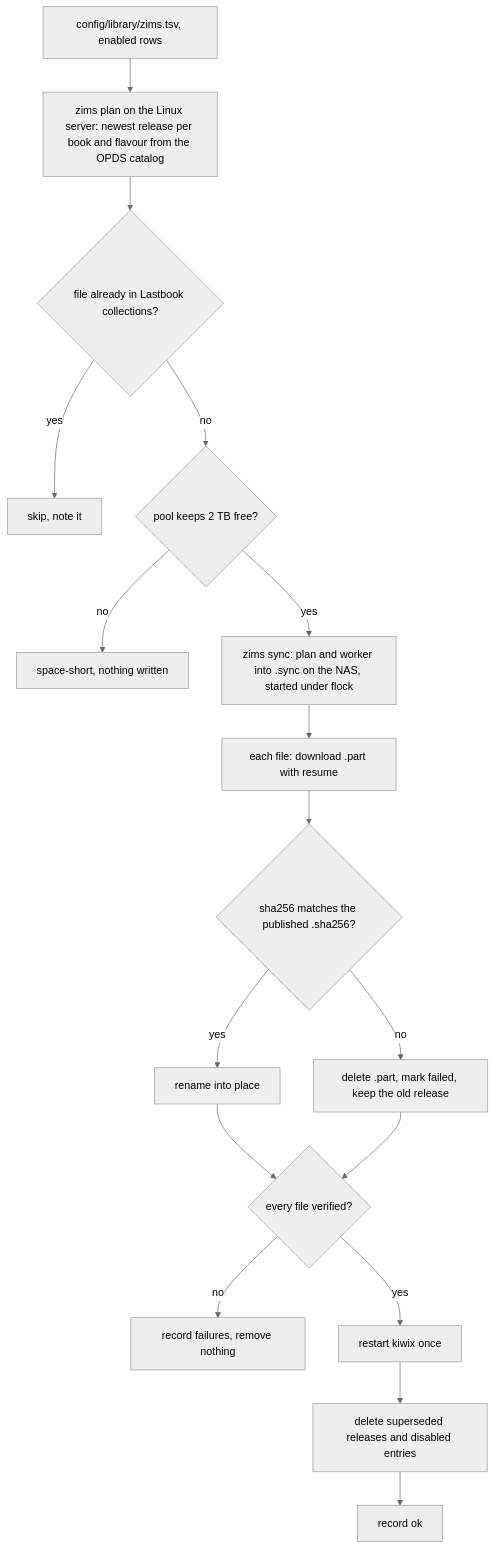
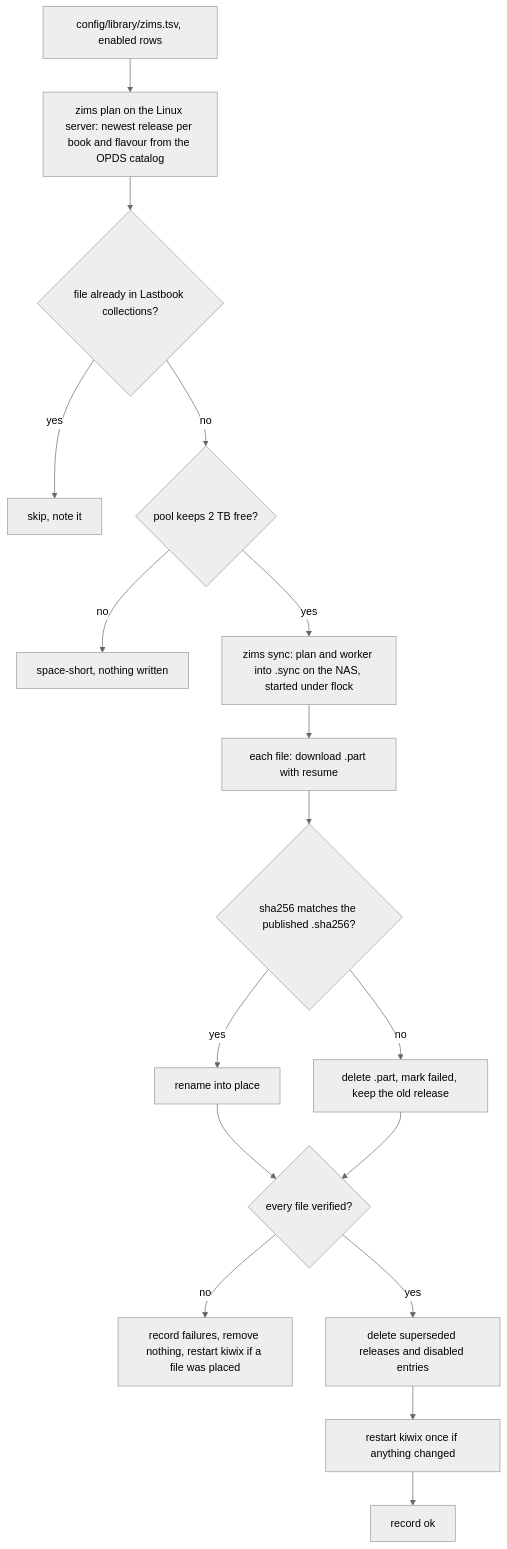
The fourth of 4 diagrams in docs/plans/2026-11-16-1956-feat-offline-library-on-nas-plan.md (brettdavies/dotfiles), drawn with Mermaid (neutral theme) before and after one commit. The commit also changed other lines of this file, not shown here.

````diff
--- a/docs/plans/2026-11-16-1956-feat-offline-library-on-nas-plan.md
+++ b/docs/plans/2026-11-16-1956-feat-offline-library-on-nas-plan.md
@@ -395,17 +423,17 @@
 ```mermaid
 flowchart TB
   list[config/library/zims.tsv, enabled rows] --> plan[zims plan on the Linux server: newest release per book and flavour from the OPDS catalog]
   plan --> dedupe{file already in Lastbook collections?}
   dedupe -->|yes| skip[skip, note it]
   dedupe -->|no| space{pool keeps 2 TB free?}
   space -->|no| stop[space-short, nothing written]
   space -->|yes| ship[zims sync: plan and worker into .sync on the NAS, started under flock]
   ship --> dl[each file: download .part with resume]
   dl --> check{sha256 matches the published .sha256?}
   check -->|no| fail[delete .part, mark failed, keep the old release]
   check -->|yes| place[rename into place]
   place --> all{every file verified?}
   fail --> all
-  all -->|no| done1[record failures, remove nothing]
-  all -->|yes| restart[restart kiwix once] --> prune[delete superseded releases and disabled entries] --> done2[record ok]
+  all -->|no| done1[record failures, remove nothing, restart kiwix if a file was placed]
+  all -->|yes| prune[delete superseded releases and disabled entries] --> restart[restart kiwix once if anything changed] --> done2[record ok]
 ```
````
